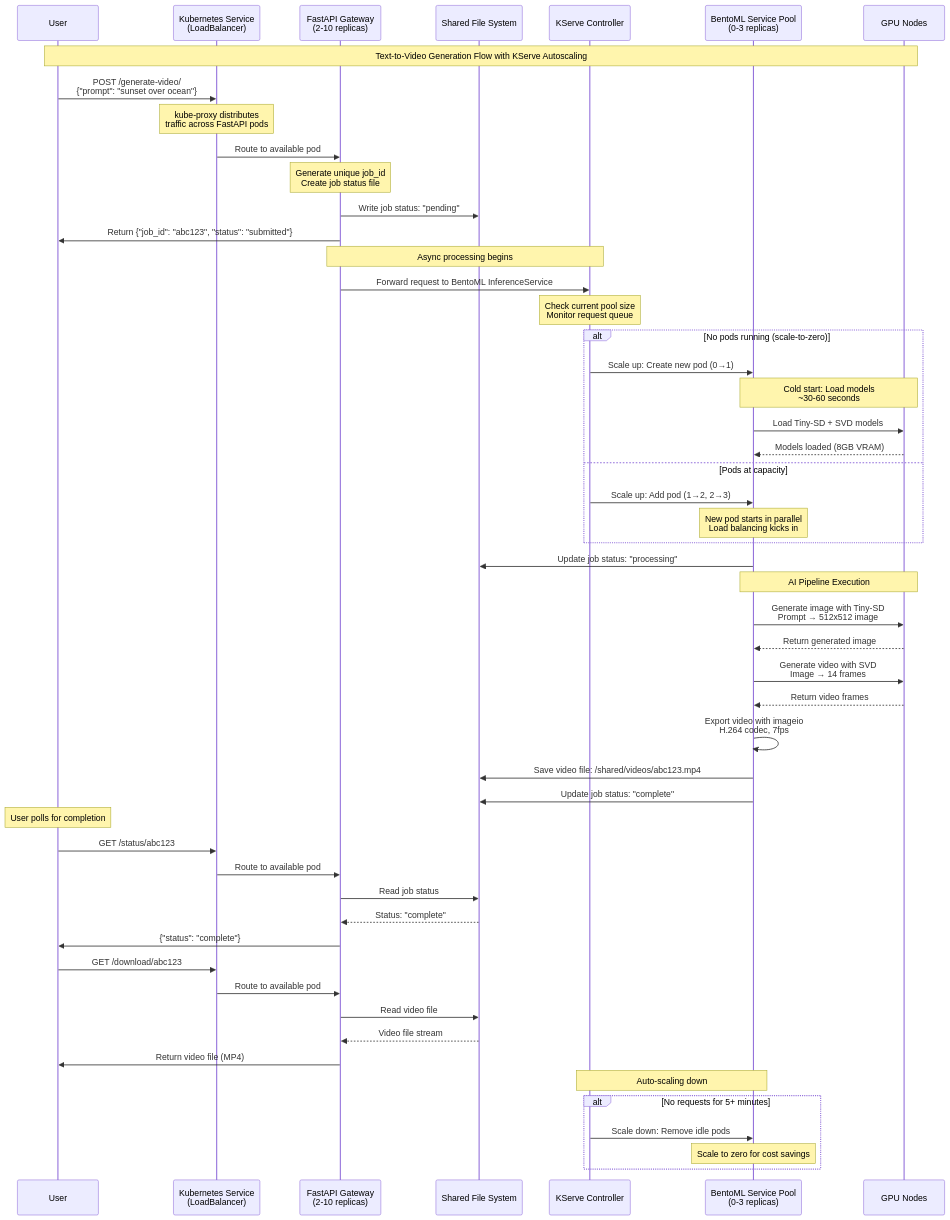
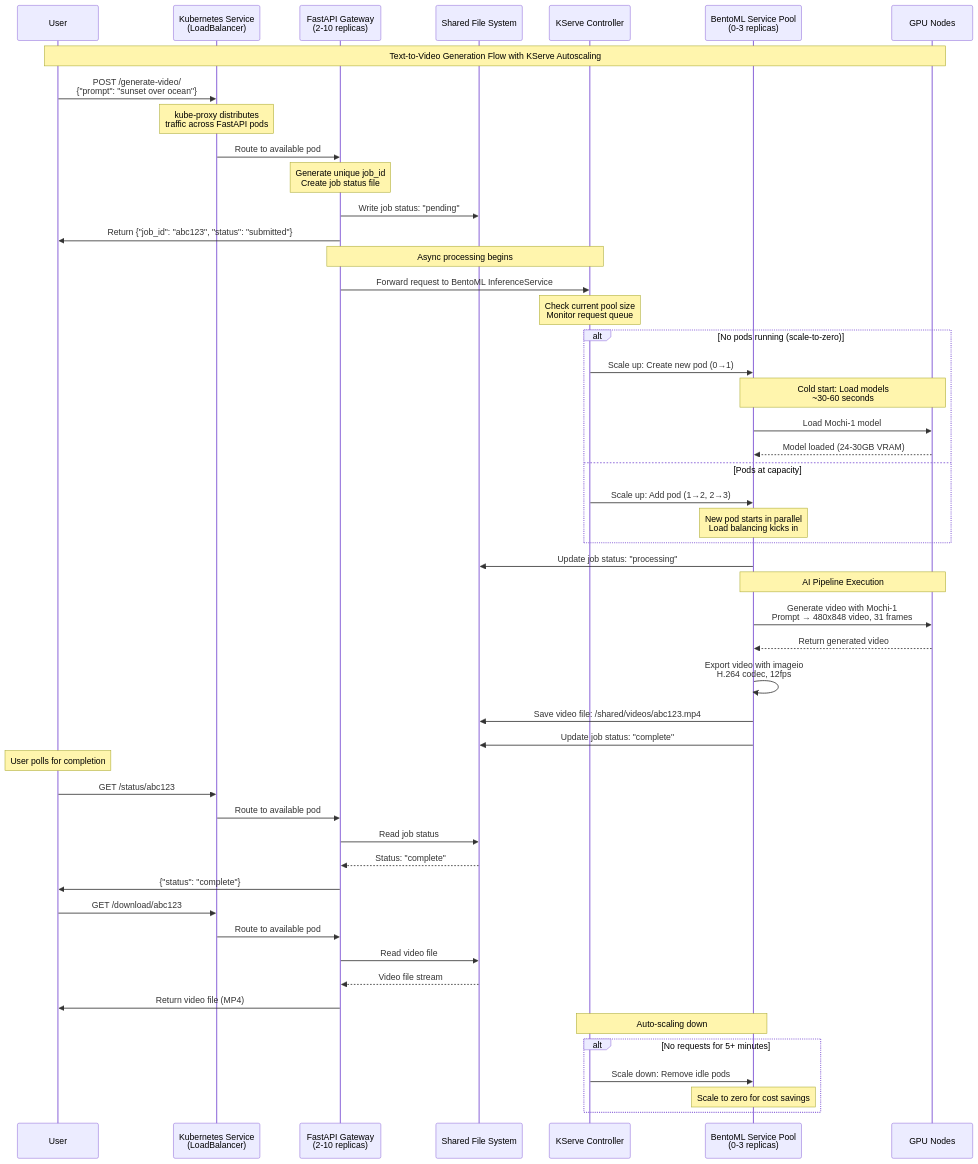
Before and after one commit to the-dsvolk/text-to-video: the diagram in README.md, drawn with Mermaid. The commit also changed other lines of this file and 4 other files, not shown here.

First line of the commit message:
docs: Update all references from Tiny-SD/SDXL/Tesla T4/V100 to Mochi-1/H100

````diff
--- a/README.md
+++ b/README.md
@@ -24,66 +24,63 @@
 ```mermaid
 sequenceDiagram
     participant U as User
     participant SVC as Kubernetes Service<br/>(LoadBalancer)
     participant API as FastAPI Gateway<br/>(2-10 replicas)
     participant FS as Shared File System
     participant KS as KServe Controller
     participant BS as BentoML Service Pool<br/>(0-3 replicas)
     participant GPU as GPU Nodes
 
     Note over U,GPU: Text-to-Video Generation Flow with KServe Autoscaling
 
     U->>SVC: POST /generate-video/<br/>{"prompt": "sunset over ocean"}
     Note over SVC: kube-proxy distributes<br/>traffic across FastAPI pods
     SVC->>API: Route to available pod
 
     Note over API: Generate unique job_id<br/>Create job status file
     API->>FS: Write job status: "pending"
     API->>U: Return {"job_id": "abc123", "status": "submitted"}
 
     Note over API,KS: Async processing begins
     API->>KS: Forward request to BentoML InferenceService
 
     Note over KS: Check current pool size<br/>Monitor request queue
     alt No pods running (scale-to-zero)
         KS->>BS: Scale up: Create new pod (0→1)
         Note over BS,GPU: Cold start: Load models<br/>~30-60 seconds
-        BS->>GPU: Load Tiny-SD + SVD models
-        GPU-->>BS: Models loaded (8GB VRAM)
+        BS->>GPU: Load Mochi-1 model
+        GPU-->>BS: Model loaded (24-30GB VRAM)
     else Pods at capacity
         KS->>BS: Scale up: Add pod (1→2, 2→3)
         Note over BS: New pod starts in parallel<br/>Load balancing kicks in
     end
 
     BS->>FS: Update job status: "processing"
 
     Note over BS,GPU: AI Pipeline Execution
-    BS->>GPU: Generate image with Tiny-SD<br/>Prompt → 512x512 image
-    GPU-->>BS: Return generated image
+    BS->>GPU: Generate video with Mochi-1<br/>Prompt → 480x848 video, 31 frames
+    GPU-->>BS: Return generated video
 
-    BS->>GPU: Generate video with SVD<br/>Image → 14 frames
-    GPU-->>BS: Return video frames
-
-    BS->>BS: Export video with imageio<br/>H.264 codec, 7fps
+    BS->>BS: Export video with imageio<br/>H.264 codec, 12fps
     BS->>FS: Save video file: /shared/videos/abc123.mp4
     BS->>FS: Update job status: "complete"
 
     Note over U: User polls for completion
         U->>SVC: GET /status/abc123
     SVC->>API: Route to available pod
     API->>FS: Read job status
     FS-->>API: Status: "complete"
     API->>U: {"status": "complete"}
 
     U->>SVC: GET /download/abc123
     SVC->>API: Route to available pod
     API->>FS: Read video file
     FS-->>API: Video file stream
     API->>U: Return video file (MP4)
 
     Note over KS,BS: Auto-scaling down
     alt No requests for 5+ minutes
         KS->>BS: Scale down: Remove idle pods
         Note over BS: Scale to zero for cost savings
     end
 ```
````
